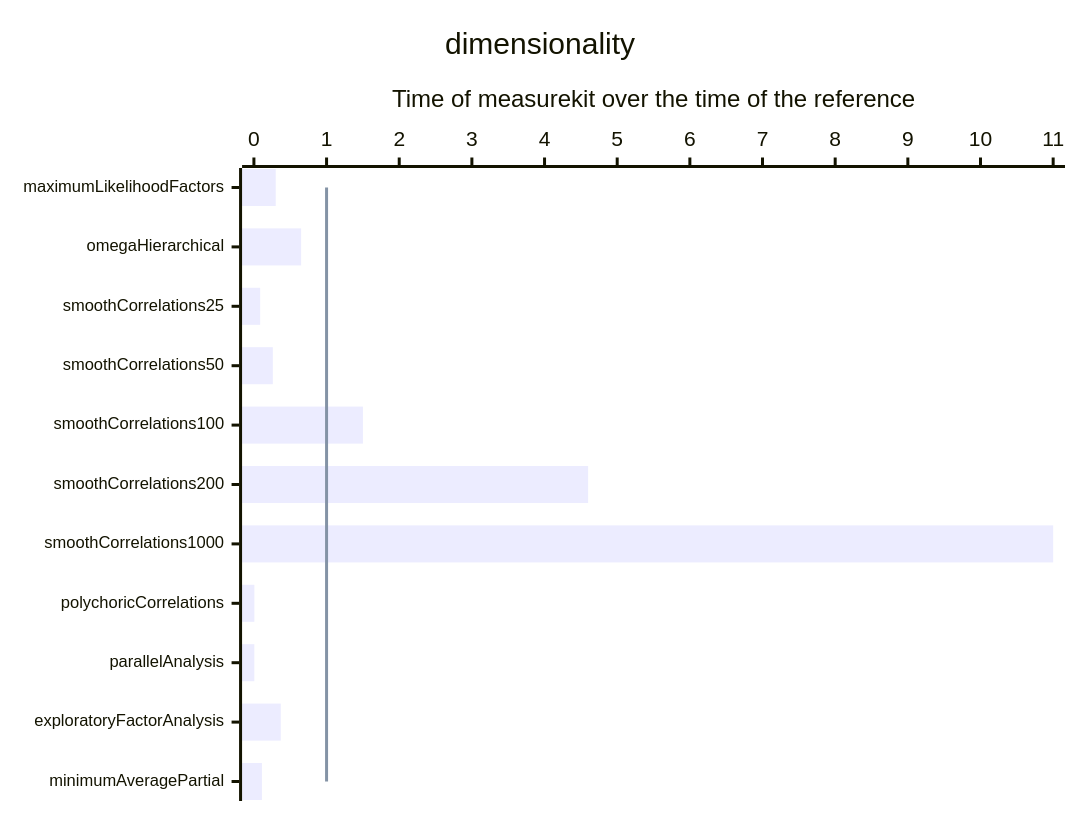
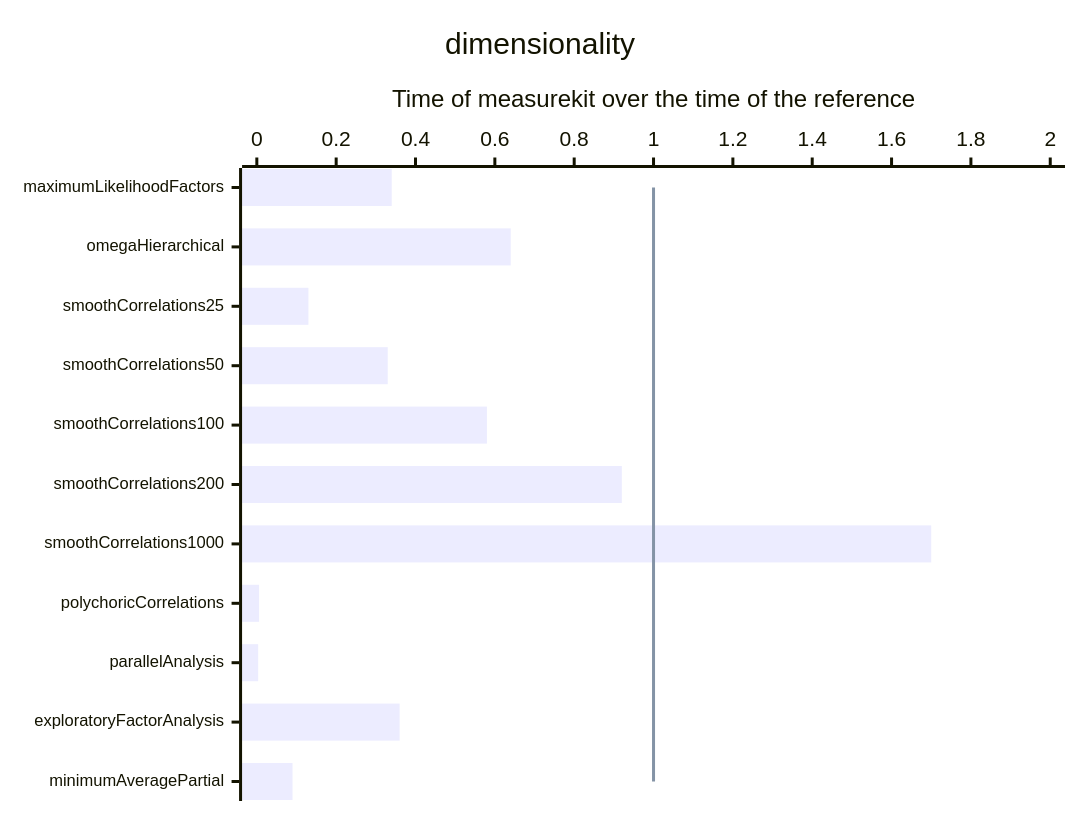
One commit to measurekit/measurekit changed the seventh of 13 diagrams in docs/psychometrics/performance.md. Above: the diagram before and after it, drawn with Mermaid. The commit also changed other lines of this file, not shown here.

````diff
--- a/docs/psychometrics/performance.md
+++ b/docs/psychometrics/performance.md
@@ -81,9 +81,9 @@
 ```mermaid
 %%{init: {"xyChart": {"height": 524, "xAxis": {"labelFontSize": 11}}}}%%
 xychart-beta horizontal
   title "dimensionality"
   x-axis ["maximumLikelihoodFactors", "omegaHierarchical", "smoothCorrelations25", "smoothCorrelations50", "smoothCorrelations100", "smoothCorrelations200", "smoothCorrelations1000", "polychoricCorrelations", "parallelAnalysis", "exploratoryFactorAnalysis", "minimumAveragePartial"]
-  y-axis "Time of measurekit over the time of the reference" 0 --> 11
-  bar [0.3, 0.65, 0.086, 0.26, 1.5, 4.6, 11, 0.0062, 0.0056, 0.37, 0.11]
+  y-axis "Time of measurekit over the time of the reference" 0 --> 2
+  bar [0.34, 0.64, 0.13, 0.33, 0.58, 0.92, 1.7, 0.0057, 0.0034, 0.36, 0.09]
   line [1, 1, 1, 1, 1, 1, 1, 1, 1, 1, 1]
 ```
````
